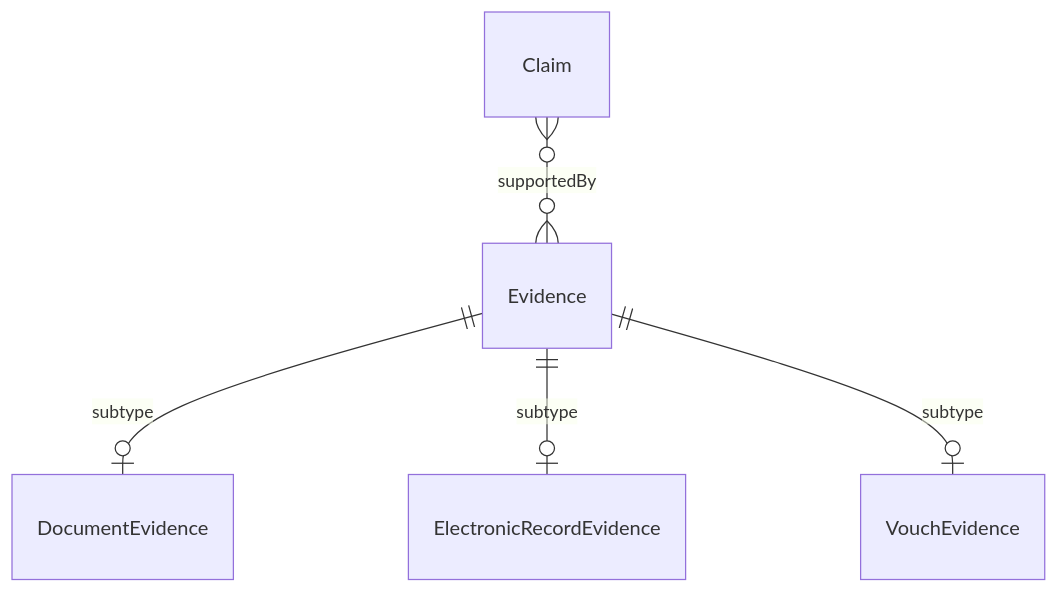
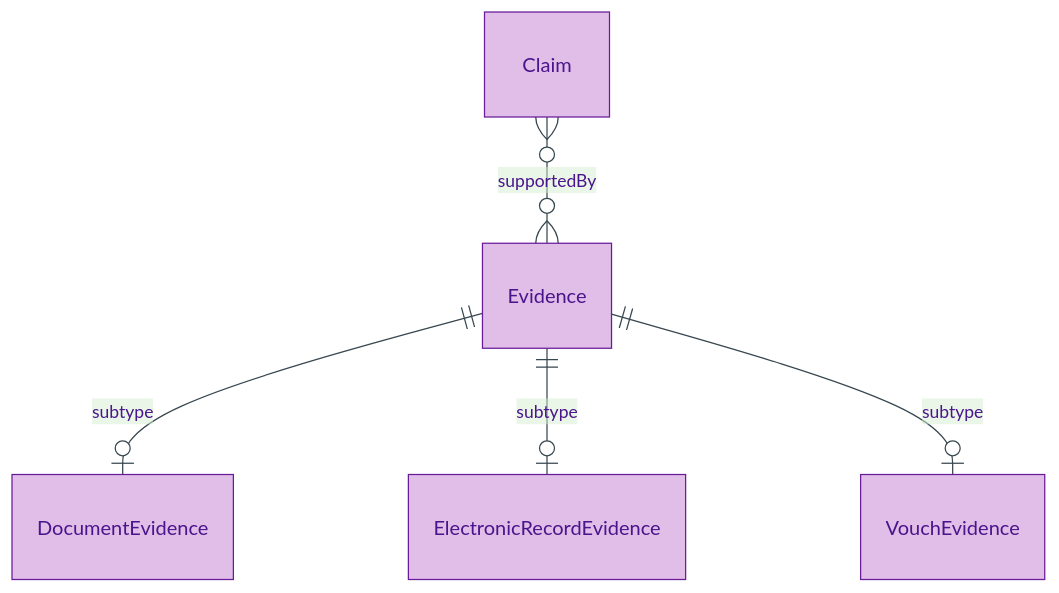
The diagram in docs/manual/logical/claim/evidence.md (sparkling/opda), drawn with Mermaid before and after one commit. The commit also changed other lines of this file and 179 other files, not shown here.

First line of the commit message:
docs(manual): Logical-tier diagram expansion via /diagramming skill

````diff
--- a/docs/manual/logical/claim/evidence.md
+++ b/docs/manual/logical/claim/evidence.md
@@ -33,7 +38,11 @@
 ```mermaid
+%%{init: {"theme": "base", "themeVariables": {"primaryColor": "#E1BEE7", "primaryTextColor": "#4A148C", "primaryBorderColor": "#6A1B9A", "lineColor": "#37474F"}}}%%
 erDiagram
+    accTitle: Evidence — Entity-Relationship Diagram
+    accDescr: Direct-neighbour view of Evidence supertype — three named subtypes (DocumentEvidence, ElectronicRecordEvidence, VouchEvidence) plus Claim supportedBy.
+
     Evidence ||--o| DocumentEvidence : "subtype"
     Evidence ||--o| ElectronicRecordEvidence : "subtype"
     Evidence ||--o| VouchEvidence : "subtype"
     Claim }o--o{ Evidence : "supportedBy"
 ```
````
